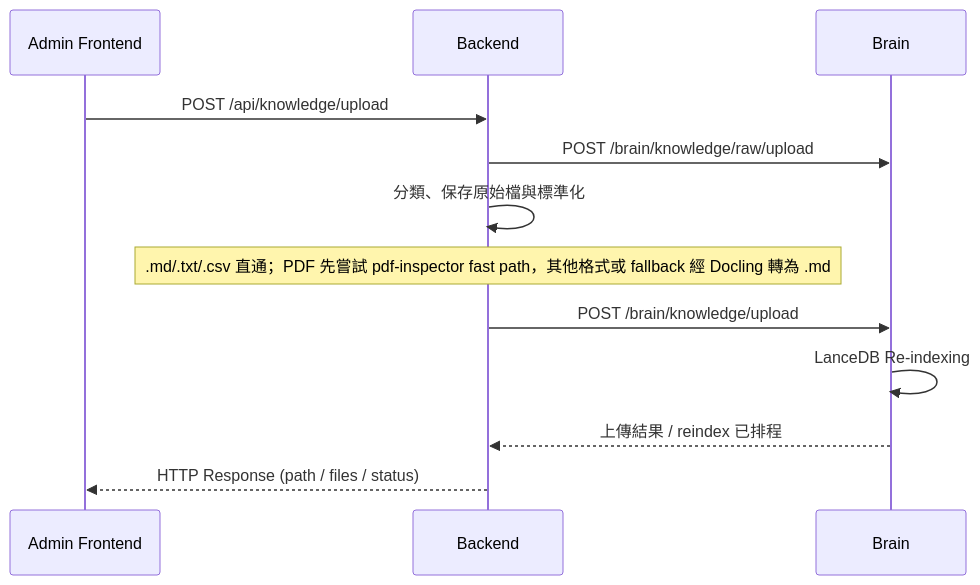
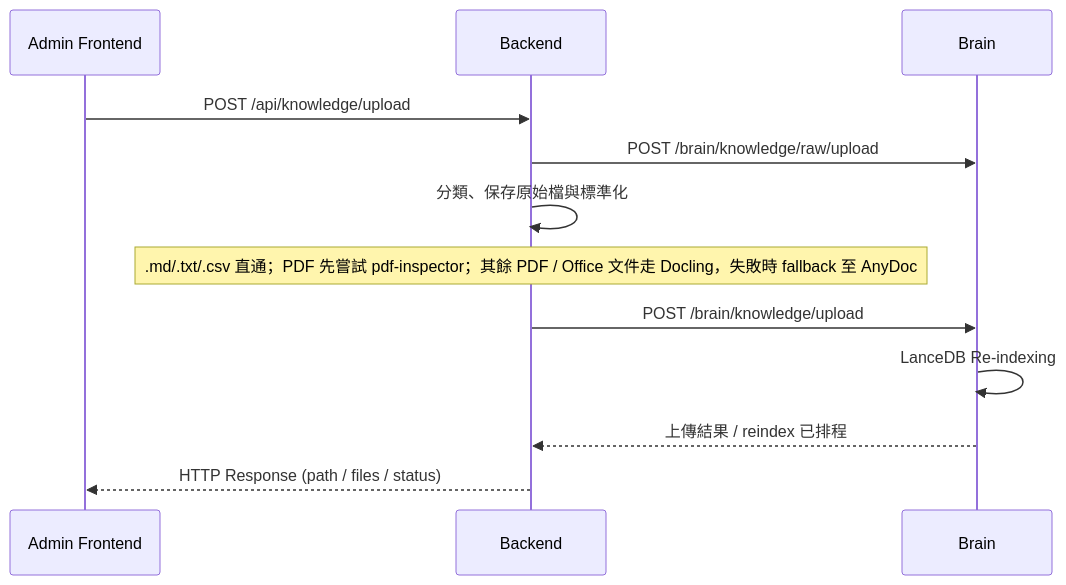
Before and after one commit to CreateIntelligens/openVman: the second of 2 diagrams in docs/09_API_WS_LINKAGE.md, drawn with Mermaid. The commit also changed 31 other files, not shown here.

````diff
--- a/docs/09_API_WS_LINKAGE.md
+++ b/docs/09_API_WS_LINKAGE.md
@@ -66,15 +66,15 @@
 ```mermaid
 sequenceDiagram
     participant A as Admin Frontend
     participant B as Backend
     participant BR as Brain
 
     A->>B: POST /api/knowledge/upload
     B->>BR: POST /brain/knowledge/raw/upload
     B->>B: 分類、保存原始檔與標準化
-    Note over B: .md/.txt/.csv 直通；PDF 先嘗試 pdf-inspector fast path，其他格式或 fallback 經 Docling 轉為 .md
+    Note over B: .md/.txt/.csv 直通；PDF 先嘗試 pdf-inspector；其餘 PDF / Office 文件走 Docling，失敗時 fallback 至 AnyDoc
     B->>BR: POST /brain/knowledge/upload
     BR->>BR: LanceDB Re-indexing
     BR-->>B: 上傳結果 / reindex 已排程
     B-->>A: HTTP Response (path / files / status)
 ```
````
